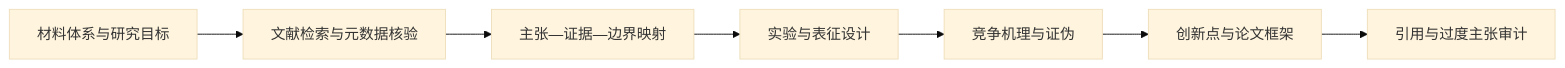
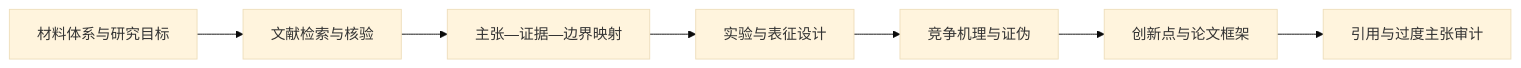
Before and after one commit to KeVINWKZ/Materials-SKILL: the diagram in README.md, drawn with Mermaid (base theme). The commit also changed other lines of this file, not shown here.

````diff
--- a/README.md
+++ b/README.md
@@ -48,9 +60,9 @@
 ```mermaid
 flowchart LR
-    A["材料体系与研究目标"] --> B["文献检索与元数据核验"]
+    A["材料体系与研究目标"] --> B["文献检索与核验"]
     B --> C["主张—证据—边界映射"]
     C --> D["实验与表征设计"]
     D --> E["竞争机理与证伪"]
     E --> F["创新点与论文框架"]
     F --> G["引用与过度主张审计"]
 ```
````
